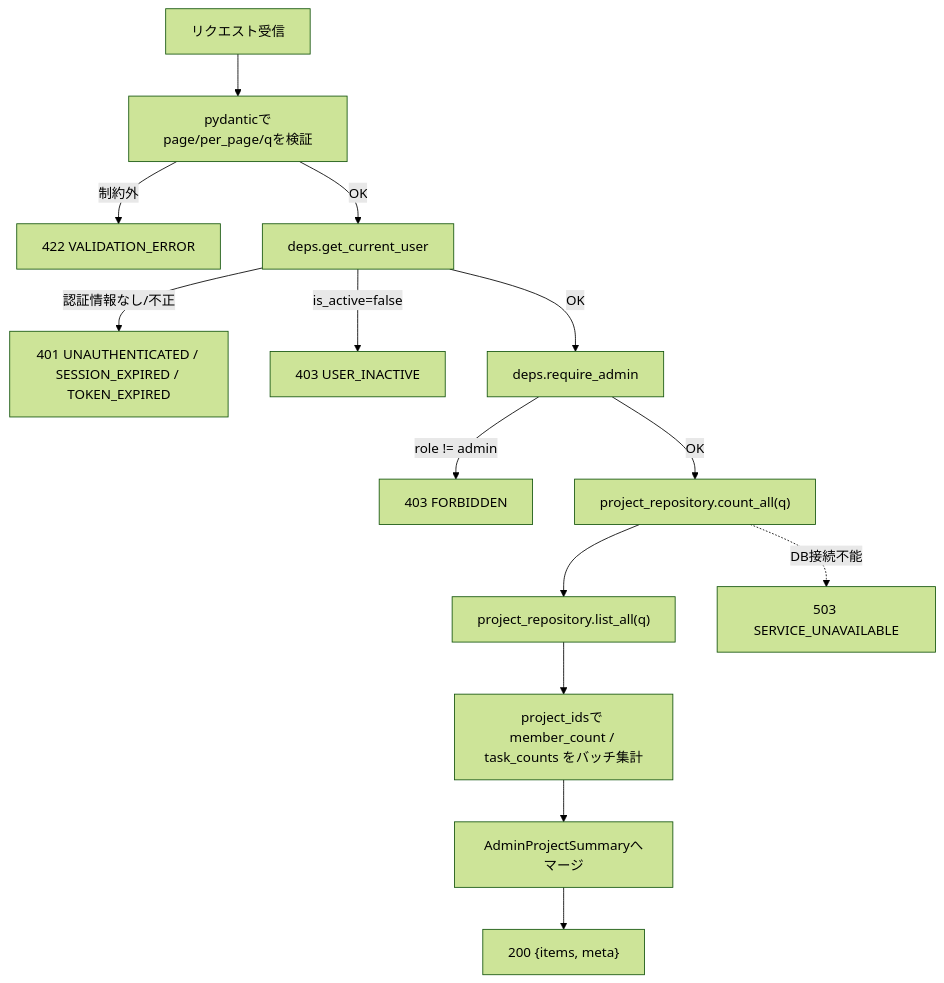
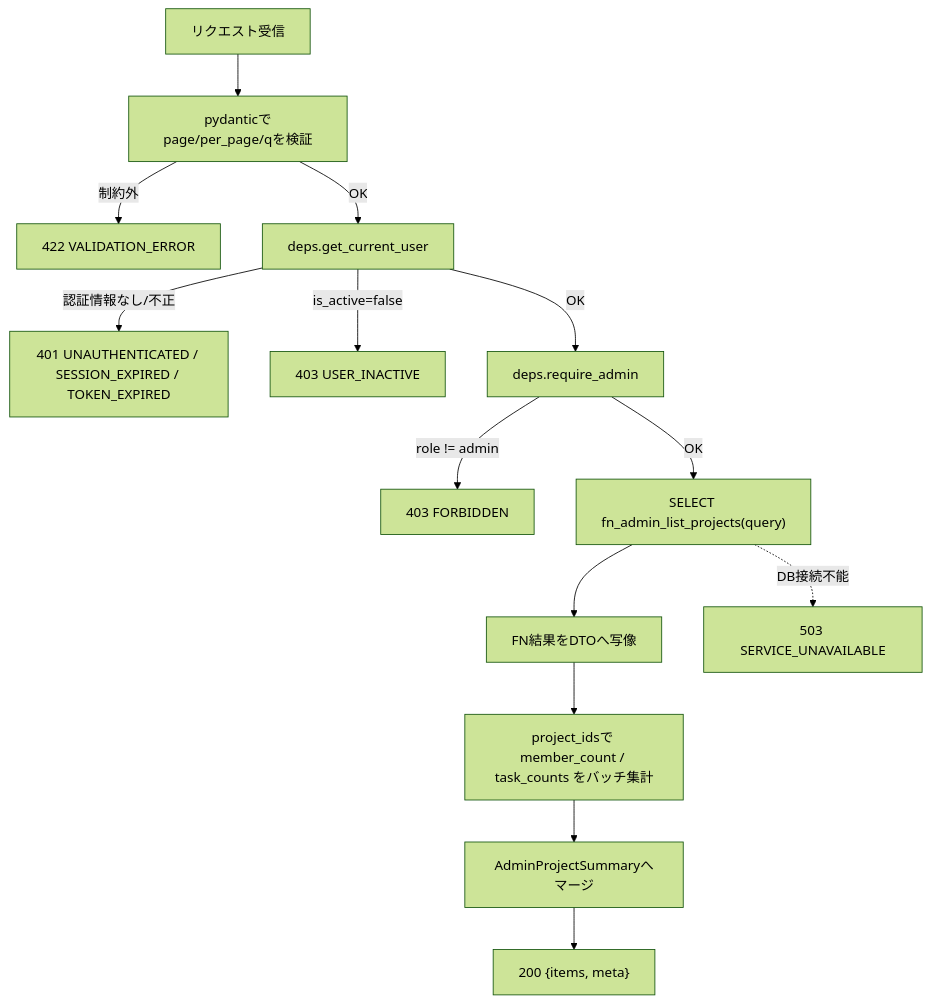
One commit to oikawa-d/task_management changed the second of 4 diagrams in detailed_design/api/admin/05_get_admin_projects.md. Above: the diagram before and after it, drawn with Mermaid (forest theme). The commit also changed other lines of this file and 58 other files, not shown here.

````diff
--- a/detailed_design/api/admin/05_get_admin_projects.md
+++ b/detailed_design/api/admin/05_get_admin_projects.md
@@ -148,16 +148,16 @@
 ```mermaid
 flowchart TB
     A["リクエスト受信"] --> B["pydanticでpage/per_page/qを検証"]
     B -->|"制約外"| B1["422 VALIDATION_ERROR"]
     B -->|"OK"| C["deps.get_current_user"]
     C -->|"認証情報なし/不正"| C1["401 UNAUTHENTICATED / SESSION_EXPIRED / TOKEN_EXPIRED"]
     C -->|"is_active=false"| C2["403 USER_INACTIVE"]
     C -->|"OK"| E["deps.require_admin"]
     E -->|"role != admin"| E1["403 FORBIDDEN"]
-    E -->|"OK"| F["project_repository.count_all(q)"]
-    F --> G["project_repository.list_all(q)"]
+    E -->|"OK"| F["SELECT fn_admin_list_projects(query)"]
+    F --> G["FN結果をDTOへ写像"]
     G --> H["project_idsで member_count / task_counts をバッチ集計"]
     H --> I["AdminProjectSummaryへマージ"]
     I --> J["200 {items, meta}"]
     F -.->|"DB接続不能"| K["503 SERVICE_UNAVAILABLE"]
 ```
````
